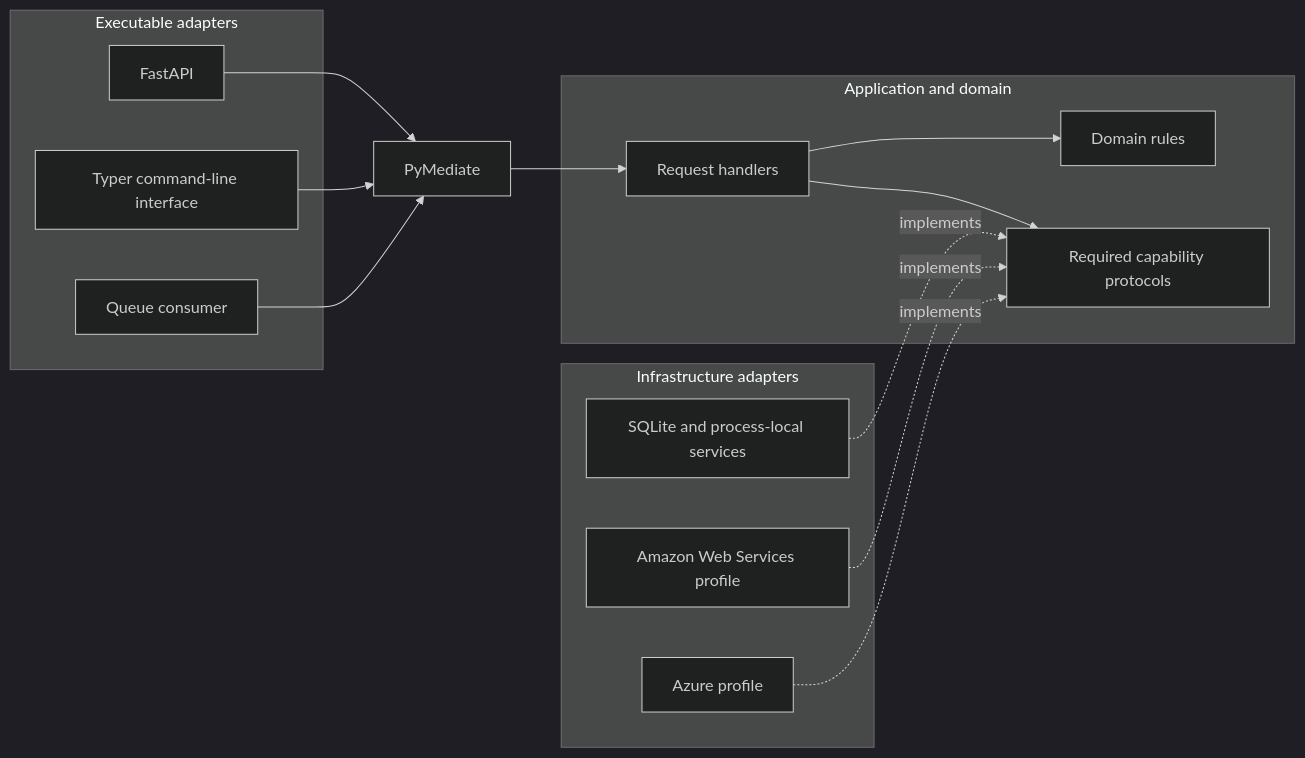
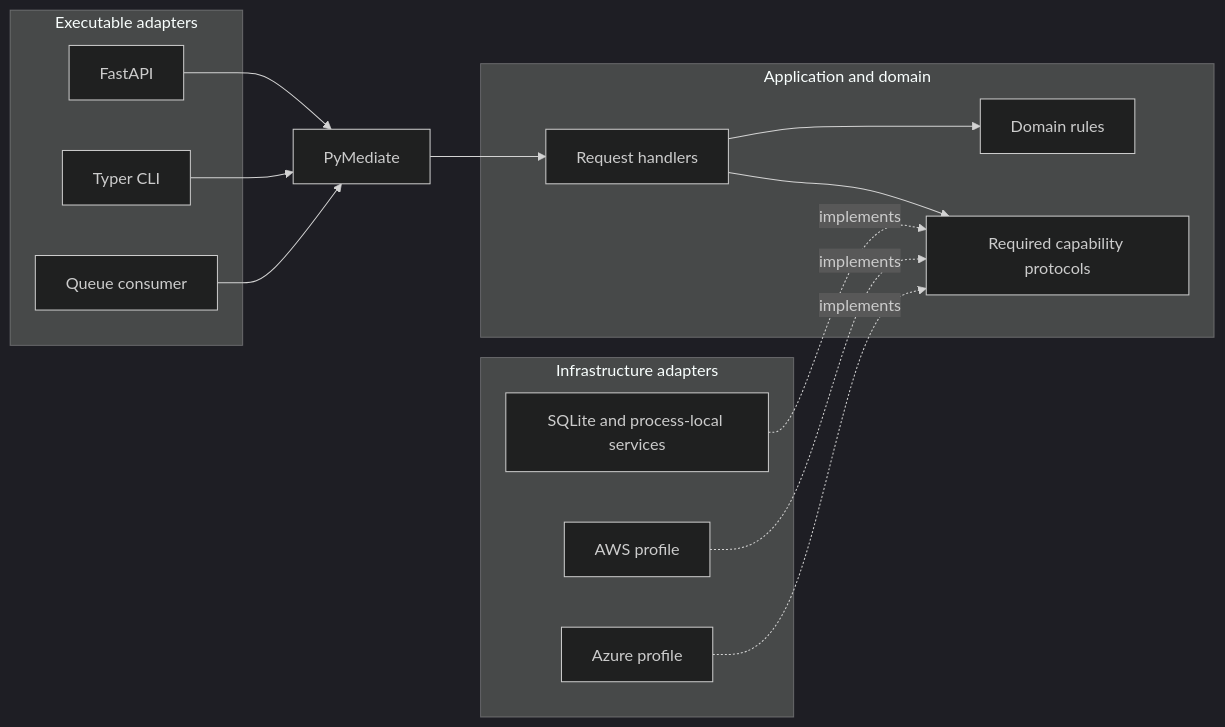
The diagram in examples/900-hexagonal-architecture/README.md (sina-al/pymediate), drawn with Mermaid (dark theme) before and after one commit. The commit also changed other lines of this file and 48 other files, not shown here.

````diff
--- a/examples/900-hexagonal-architecture/README.md
+++ b/examples/900-hexagonal-architecture/README.md
@@ -139,32 +139,32 @@
 ```mermaid
 flowchart LR
     subgraph Input[Executable adapters]
         HTTP[FastAPI]
-        CLI[Typer command-line interface]
+        CLI[Typer CLI]
         CONSUMER[Queue consumer]
     end
 
     MEDIATOR[PyMediate]
 
     subgraph Core[Application and domain]
         HANDLERS[Request handlers]
         DOMAIN[Domain rules]
         PORTS[Required capability protocols]
     end
 
     subgraph Output[Infrastructure adapters]
         LOCAL[SQLite and process-local services]
-        AWS[Amazon Web Services profile]
+        AWS[AWS profile]
         AZURE[Azure profile]
     end
 
     HTTP --> MEDIATOR
     CLI --> MEDIATOR
     CONSUMER --> MEDIATOR
     MEDIATOR --> HANDLERS
     HANDLERS --> DOMAIN
     HANDLERS --> PORTS
     LOCAL -. implements .-> PORTS
     AWS -. implements .-> PORTS
     AZURE -. implements .-> PORTS
 ```
````
